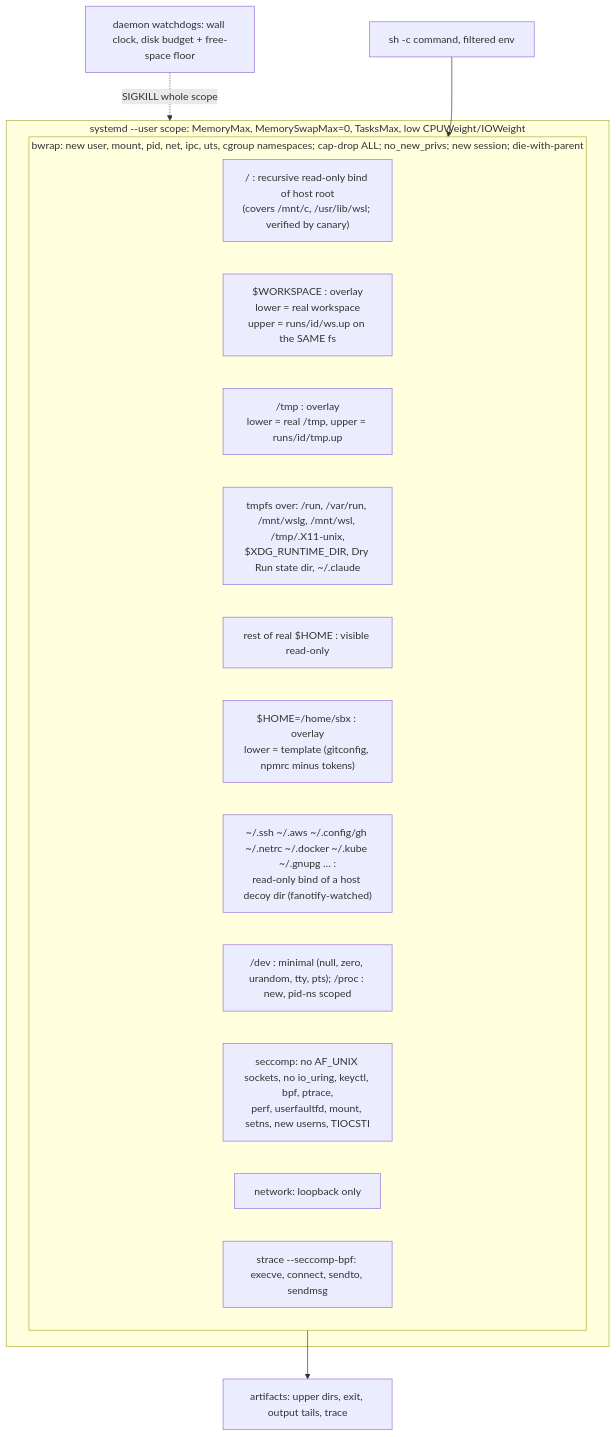
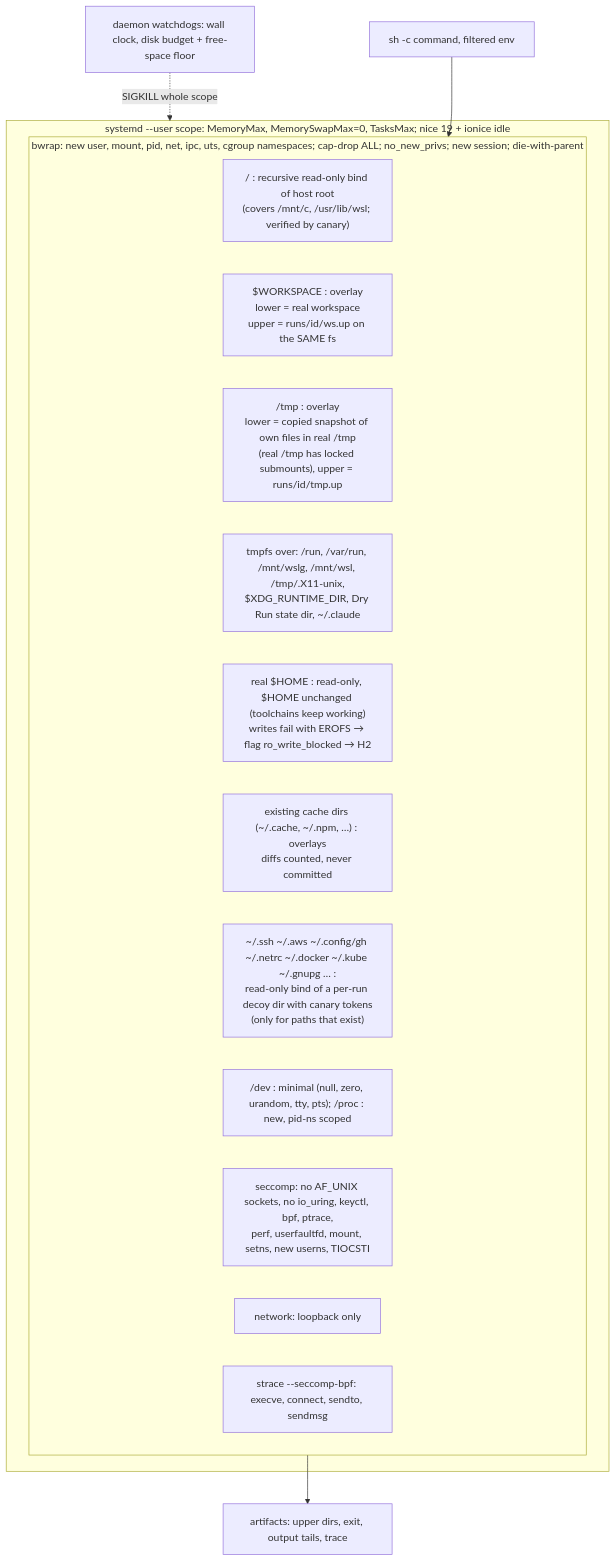
One commit to RyanL2/dry-run changed the seventh of 12 diagrams in docs/ARCHITECTURE.md. Above: the diagram before and after it, drawn with Mermaid. The commit also changed other lines of this file and 8 other files, not shown here.

````diff
--- a/docs/ARCHITECTURE.md
+++ b/docs/ARCHITECTURE.md
@@ -229,21 +227,21 @@
 ```mermaid
 flowchart TB
-    subgraph CG["systemd --user scope: MemoryMax, MemorySwapMax=0, TasksMax, low CPUWeight/IOWeight"]
+    subgraph CG["systemd --user scope: MemoryMax, MemorySwapMax=0, TasksMax; nice 19 + ionice idle"]
     subgraph NS["bwrap: new user, mount, pid, net, ipc, uts, cgroup namespaces; cap-drop ALL; no_new_privs; new session; die-with-parent"]
         ROOT["/ : recursive read-only bind of host root<br/>(covers /mnt/c, /usr/lib/wsl; verified by canary)"]
         WS["$WORKSPACE : overlay<br/>lower = real workspace<br/>upper = runs/id/ws.up on the SAME fs"]
-        TMP["/tmp : overlay<br/>lower = real /tmp, upper = runs/id/tmp.up"]
+        TMP["/tmp : overlay<br/>lower = copied snapshot of own files in real /tmp<br/>(real /tmp has locked submounts), upper = runs/id/tmp.up"]
         HIDE["tmpfs over: /run, /var/run, /mnt/wslg, /mnt/wsl, /tmp/.X11-unix,<br/>$XDG_RUNTIME_DIR, Dry Run state dir, ~/.claude"]
-        HOMEX["rest of real $HOME : visible read-only"]
-        SHOME["$HOME=/home/sbx : overlay<br/>lower = template (gitconfig, npmrc minus tokens)"]
-        SEC["~/.ssh ~/.aws ~/.config/gh ~/.netrc ~/.docker ~/.kube ~/.gnupg … :<br/>read-only bind of a host decoy dir (fanotify-watched)"]
+        HOMEX["real $HOME : read-only, $HOME unchanged (toolchains keep working)<br/>writes fail with EROFS → flag ro_write_blocked → H2"]
+        SHOME["existing cache dirs (~/.cache, ~/.npm, …) : overlays<br/>diffs counted, never committed"]
+        SEC["~/.ssh ~/.aws ~/.config/gh ~/.netrc ~/.docker ~/.kube ~/.gnupg … :<br/>read-only bind of a per-run decoy dir with canary tokens<br/>(only for paths that exist)"]
         DEV["/dev : minimal (null, zero, urandom, tty, pts); /proc : new, pid-ns scoped"]
         SC["seccomp: no AF_UNIX sockets, no io_uring, keyctl, bpf, ptrace,<br/>perf, userfaultfd, mount, setns, new userns, TIOCSTI"]
         NET["network: loopback only"]
         TR["strace --seccomp-bpf: execve, connect, sendto, sendmsg"]
     end
     end
     WD["daemon watchdogs: wall clock, disk budget + free-space floor"] -. "SIGKILL whole scope" .-> CG
     CMD["sh -c command, filtered env"] --> NS
     NS --> ART["artifacts: upper dirs, exit, output tails, trace"]
 ```
````
